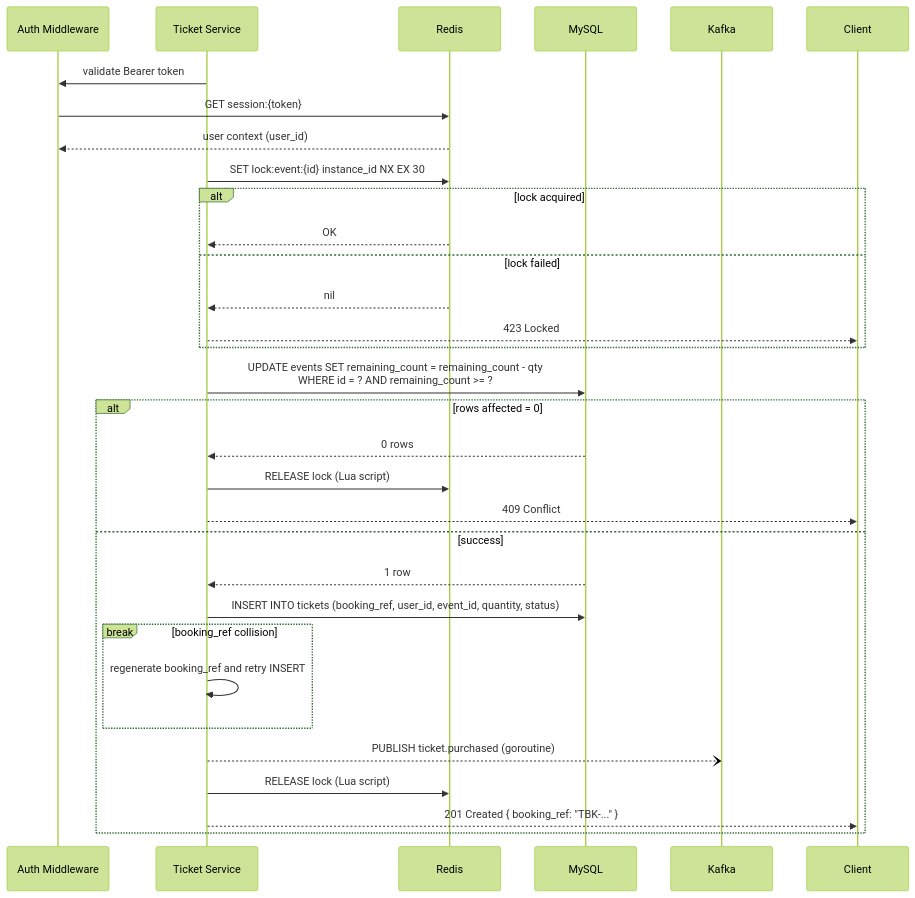
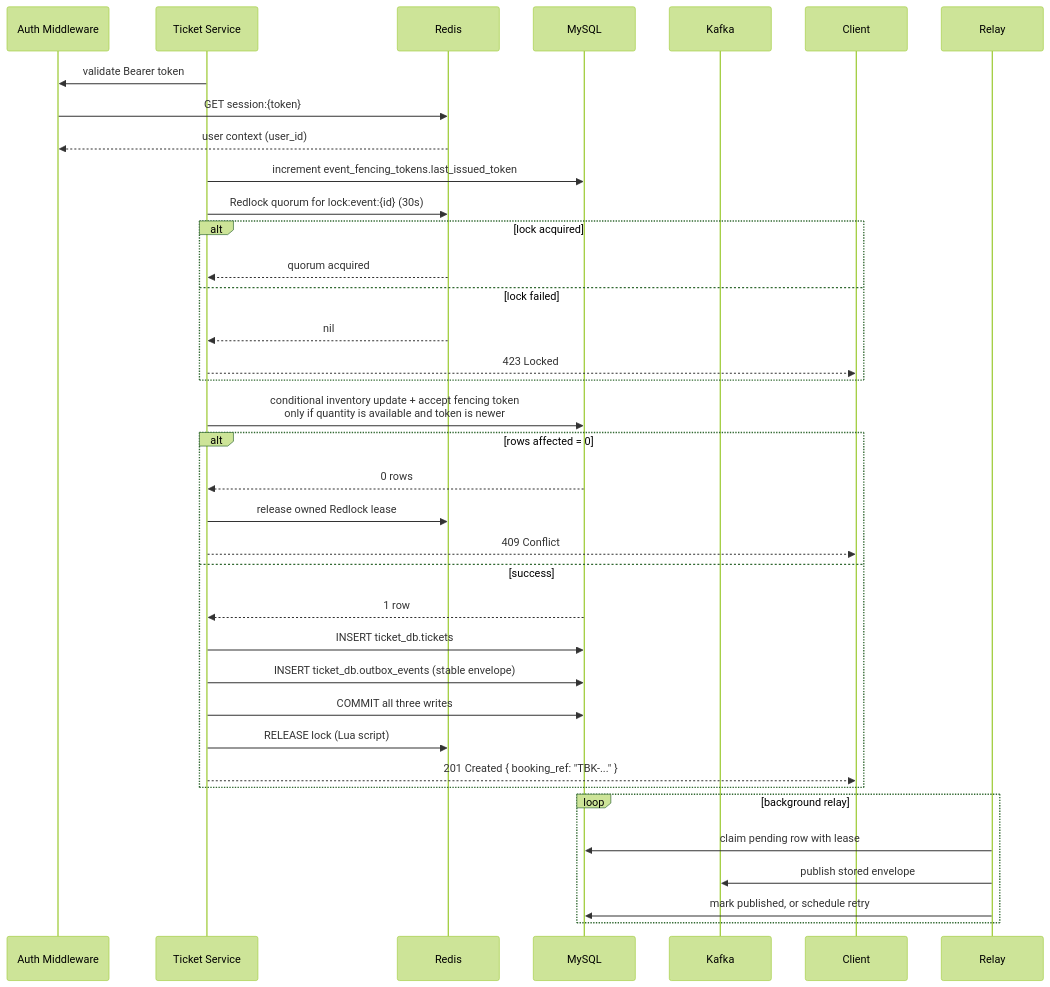
Before and after one commit to RyanOngWK/Event-Ticket-Booking-Platform: the diagram in wiki/entities/ticket-service.md, drawn with Mermaid (forest theme). The commit also changed other lines of this file and 29 other files, not shown here.

Commit message:
added redlock, fencing token, atomic update

````diff
--- a/wiki/entities/ticket-service.md
+++ b/wiki/entities/ticket-service.md
@@ -48,36 +49,40 @@
 ```mermaid
 sequenceDiagram
     participant Auth as Auth Middleware
     participant Ticket as Ticket Service
     participant Redis
     participant MySQL
     participant Kafka
 
     Ticket->>Auth: validate Bearer token
     Auth->>Redis: GET session:{token}
     Redis-->>Auth: user context (user_id)
 
-    Ticket->>Redis: SET lock:event:{id} instance_id NX EX 30
+    Ticket->>MySQL: increment event_fencing_tokens.last_issued_token
+    Ticket->>Redis: Redlock quorum for lock:event:{id} (30s)
     alt lock acquired
-        Redis-->>Ticket: OK
+        Redis-->>Ticket: quorum acquired
     else lock failed
         Redis-->>Ticket: nil
         Ticket-->>Client: 423 Locked
     end
 
-    Ticket->>MySQL: UPDATE events SET remaining_count = remaining_count - qty<br/>WHERE id = ? AND remaining_count >= ?
+    Ticket->>MySQL: conditional inventory update + accept fencing token<br/>only if quantity is available and token is newer
     alt rows affected = 0
         MySQL-->>Ticket: 0 rows
-        Ticket->>Redis: RELEASE lock (Lua script)
+        Ticket->>Redis: release owned Redlock lease
         Ticket-->>Client: 409 Conflict
     else success
         MySQL-->>Ticket: 1 row
-        Ticket->>MySQL: INSERT INTO tickets (booking_ref, user_id, event_id, quantity, status)
-        break booking_ref collision
-            Ticket->>Ticket: regenerate booking_ref and retry INSERT
-        end
-        Ticket--)Kafka: PUBLISH ticket.purchased (goroutine)
+        Ticket->>MySQL: INSERT ticket_db.tickets
+        Ticket->>MySQL: INSERT ticket_db.outbox_events (stable envelope)
+        Ticket->>MySQL: COMMIT all three writes
         Ticket->>Redis: RELEASE lock (Lua script)
         Ticket-->>Client: 201 Created { booking_ref: "TBK-..." }
     end
+    loop background relay
+        Relay->>MySQL: claim pending row with lease
+        Relay->>Kafka: publish stored envelope
+        Relay->>MySQL: mark published, or schedule retry
+    end
 ```
````
